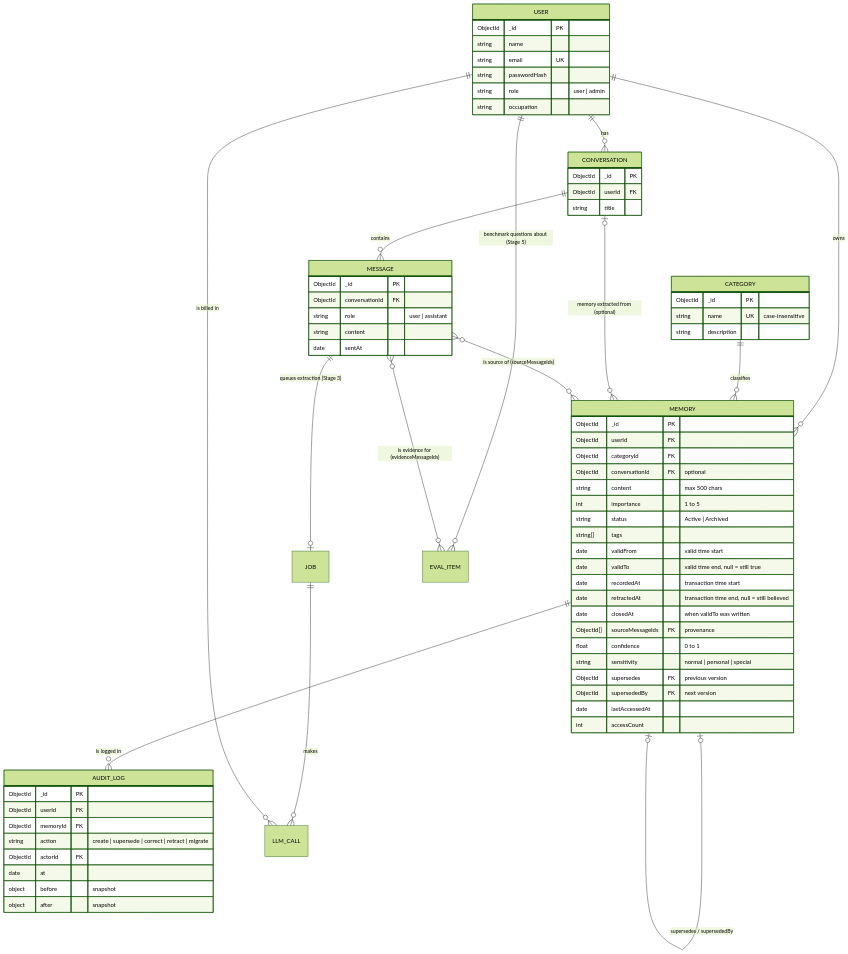
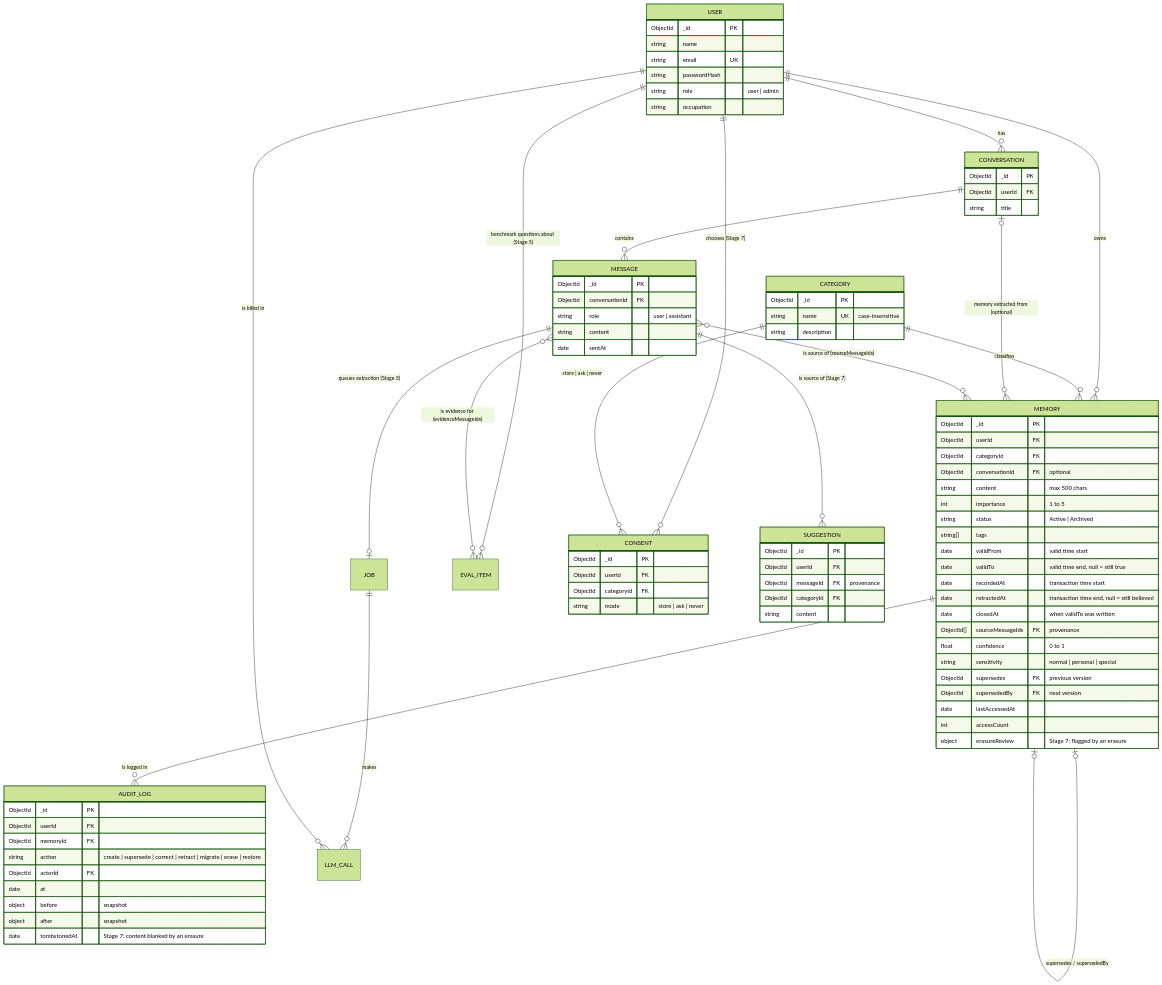
Before and after one commit to PavitranVC/AI-Memory-Organizer: the second of 2 diagrams in README.md, drawn with Mermaid (forest theme). The commit also changed other lines of this file and 1 other file, not shown here.

First line of the commit message:
README and .env.example: Stage 7 endpoints, scripts, indexes, data model and limitations

````diff
--- a/README.md
+++ b/README.md
@@ -429,6 +440,9 @@
   USER ||--o{ LLM_CALL : "is billed in"
   USER ||--o{ EVAL_ITEM : "benchmark questions about (Stage 5)"
   MESSAGE }o--o{ EVAL_ITEM : "is evidence for (evidenceMessageIds)"
+  USER ||--o{ CONSENT : "chooses (Stage 7)"
+  CATEGORY ||--o{ CONSENT : "store | ask | never"
+  MESSAGE ||--o{ SUGGESTION : "is source of (Stage 7)"
 
   USER {
     ObjectId _id PK
@@ -476,15 +490,30 @@
     ObjectId supersededBy FK "next version"
     date lastAccessedAt
     int accessCount
+    object erasureReview "Stage 7: flagged by an erasure"
+  }
+  CONSENT {
+    ObjectId _id PK
+    ObjectId userId FK
+    ObjectId categoryId FK
+    string mode "store | ask | never"
+  }
+  SUGGESTION {
+    ObjectId _id PK
+    ObjectId userId FK
+    ObjectId messageId FK "provenance"
+    ObjectId categoryId FK
+    string content
   }
   AUDIT_LOG {
     ObjectId _id PK
     ObjectId userId FK
     ObjectId memoryId FK
-    string action "create | supersede | correct | retract | migrate"
+    string action "create | supersede | correct | retract | migrate | erase | restore"
     ObjectId actorId FK
     date at
     object before "snapshot"
     object after "snapshot"
+    date tombstonedAt "Stage 7: content blanked by an erasure"
   }
 ```
````
